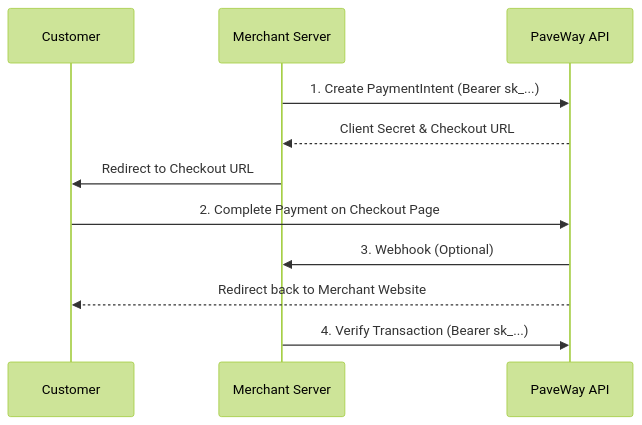
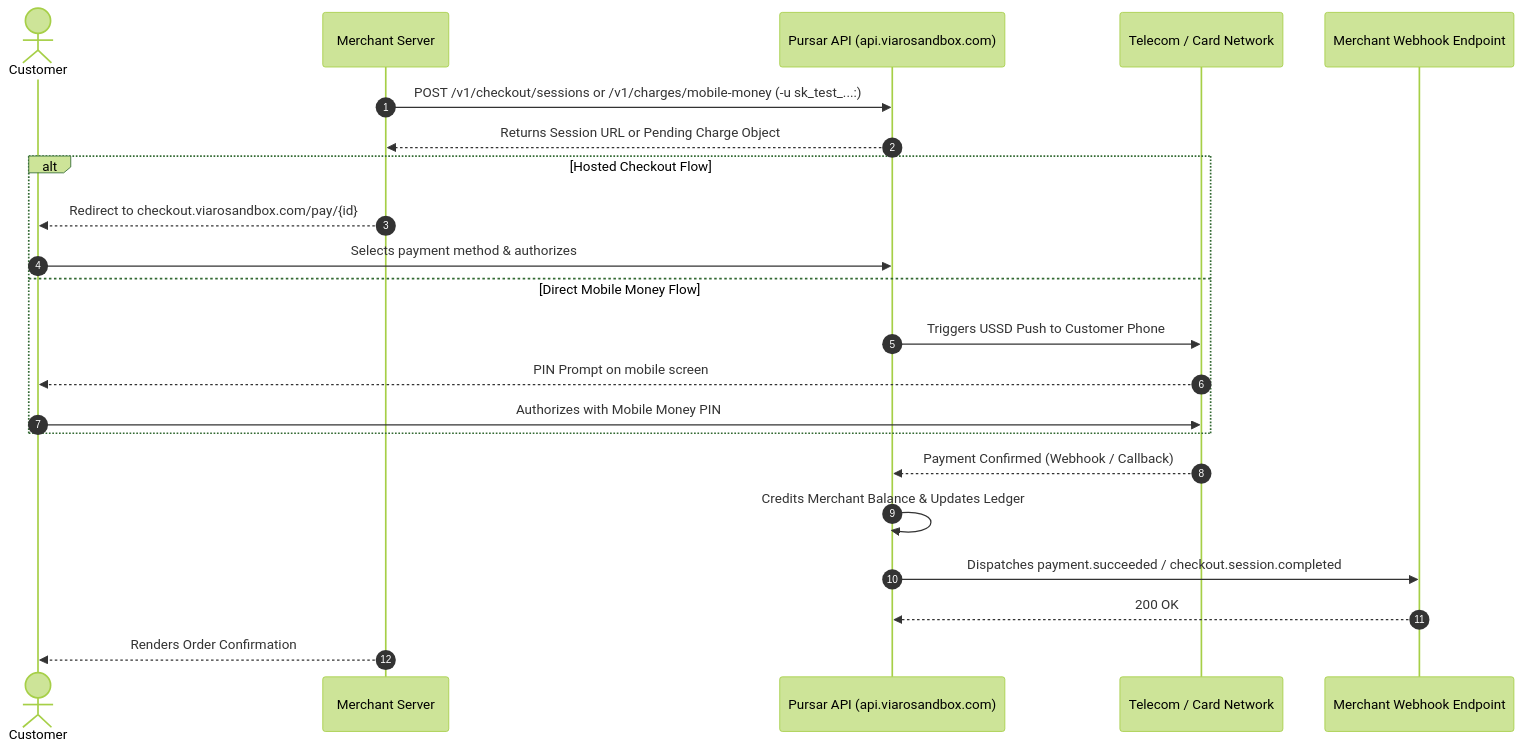
One commit to pavewaygroupinc/docs changed the second of 2 diagrams in guides/payments/overview.mdx. Above: the diagram before and after it, drawn with Mermaid (forest theme). The commit also changed other lines of this file and 21 other files, not shown here.

Commit message:
docs(guides): update all guides and references to Pursar live sandbox and hosted checkout architecture, purging legacy endpoints

````diff
--- a/guides/payments/overview.mdx
+++ b/guides/payments/overview.mdx
@@ -12,14 +35,25 @@
 ```mermaid
 sequenceDiagram
-    participant C as Customer
-    participant M as Merchant Server
-    participant P as PaveWay API
+    autonumber
+    actor Customer as Customer
+    participant Merchant as Merchant Server
+    participant Pursar as Pursar API (api.viarosandbox.com)
+    participant Telco as Telecom / Card Network
+    participant Webhook as Merchant Webhook Endpoint
 
-    M->>P: 1. Create PaymentIntent (Bearer sk_...)
-    P-->>M: Client Secret & Checkout URL
-    M->>C: Redirect to Checkout URL
-    C->>P: 2. Complete Payment on Checkout Page
-    P->>M: 3. Webhook (Optional)
-    P-->>C: Redirect back to Merchant Website
-    M->>P: 4. Verify Transaction (Bearer sk_...)
+    Merchant->>Pursar: POST /v1/checkout/sessions or /v1/charges/mobile-money (-u sk_test_...:)
+    Pursar-->>Merchant: Returns Session URL or Pending Charge Object
+    alt Hosted Checkout Flow
+        Merchant-->>Customer: Redirect to checkout.viarosandbox.com/pay/{id}
+        Customer->>Pursar: Selects payment method & authorizes
+    else Direct Mobile Money Flow
+        Pursar->>Telco: Triggers USSD Push to Customer Phone
+        Telco-->>Customer: PIN Prompt on mobile screen
+        Customer->>Telco: Authorizes with Mobile Money PIN
+    end
+    Telco-->>Pursar: Payment Confirmed (Webhook / Callback)
+    Pursar->>Pursar: Credits Merchant Balance & Updates Ledger
+    Pursar->>Webhook: Dispatches payment.succeeded / checkout.session.completed
+    Webhook-->>Pursar: 200 OK
+    Merchant-->>Customer: Renders Order Confirmation
 ```
````
